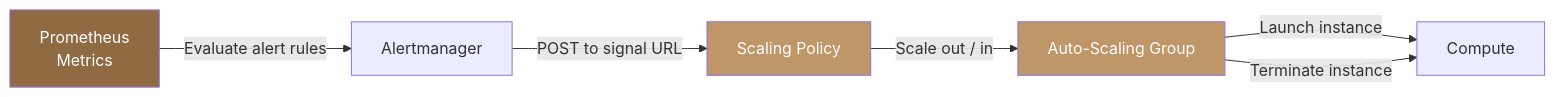
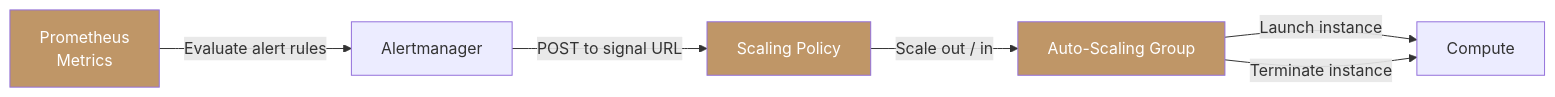
One commit to ankur-kumar87/docs-polystack changed the diagram in services/orchestration/autoscaling.mdx. Above: the diagram before and after it, drawn with Mermaid. The commit also changed 186 other files, not shown here.

````diff
--- a/services/orchestration/autoscaling.mdx
+++ b/services/orchestration/autoscaling.mdx
@@ -31,11 +31,11 @@
 ```mermaid
 graph LR
     PROM[Prometheus<br/>Metrics] -->|Evaluate alert rules| ALERT[Alertmanager]
     ALERT -->|POST to signal URL| POLICY[Scaling Policy]
     POLICY -->|Scale out / in| GROUP[Auto-Scaling Group]
     GROUP -->|Launch instance| NOVA[Compute]
     GROUP -->|Terminate instance| NOVA
     style POLICY fill:#bf9667,color:#fff
     style GROUP fill:#bf9667,color:#fff
-    style PROM fill:#8f6a43,color:#fff
+    style PROM fill:#bf9667,color:#fff
 ```
````
